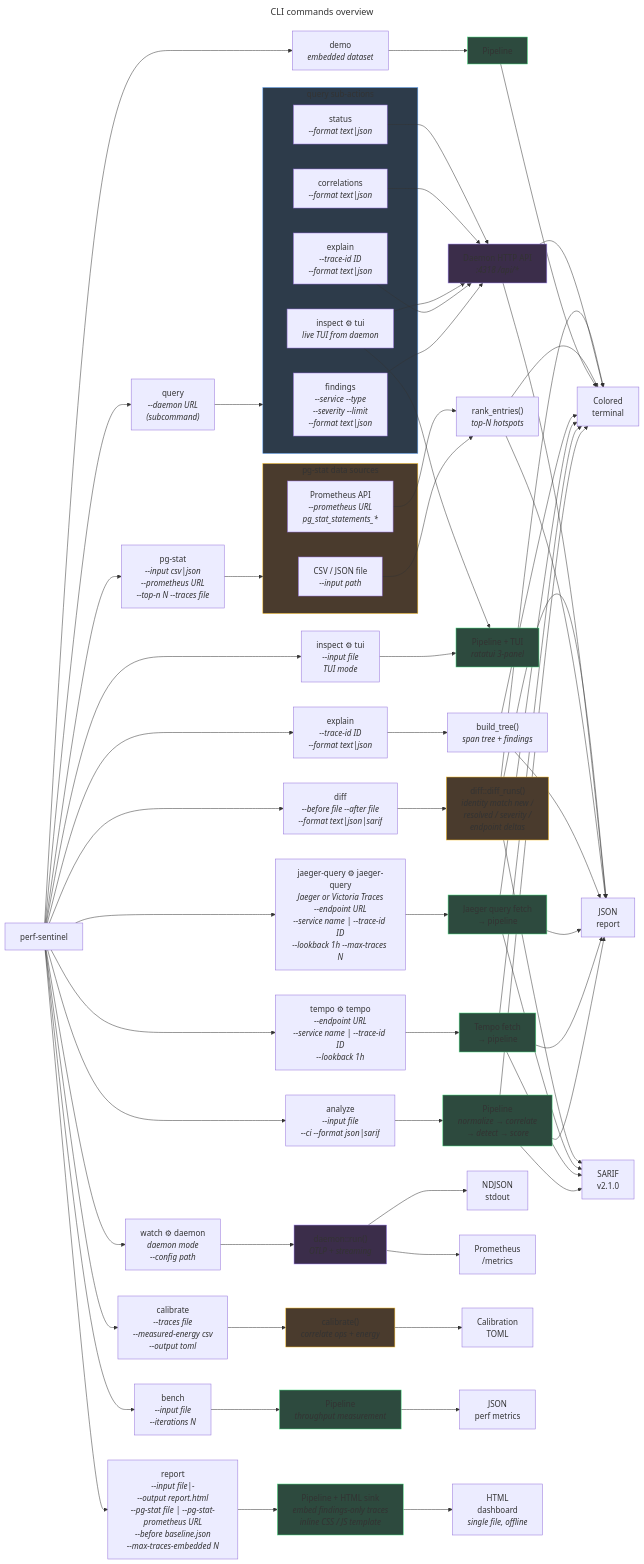
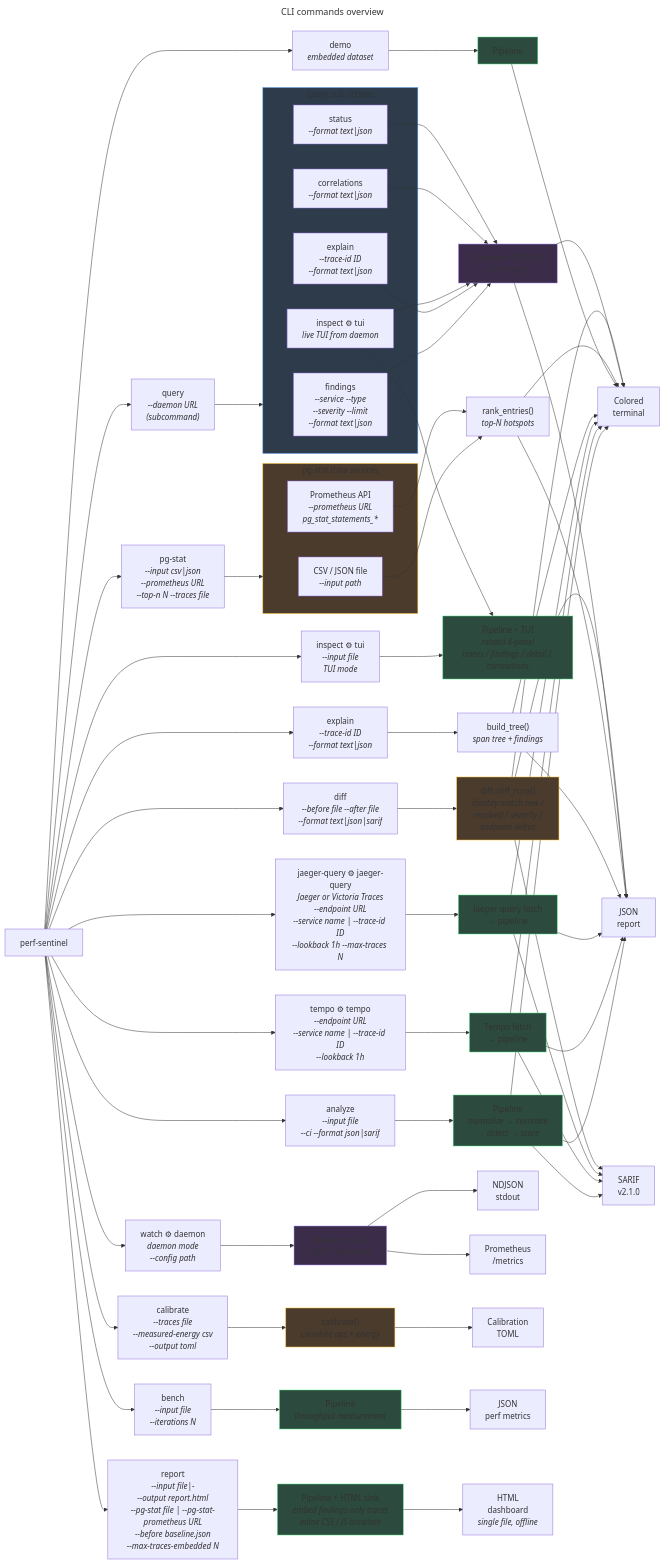
One commit to robintra/perf-sentinel changed the diagram in docs/diagrams/mmd/cli-commands.mmd. Above: the diagram before and after it, drawn with Mermaid. The commit also changed 48 other files, not shown here.

Commit message:
feat(cli): inspect accepts Report JSON, polish TUI and refresh assets

```diff
--- a/docs/diagrams/mmd/cli-commands.mmd
+++ b/docs/diagrams/mmd/cli-commands.mmd
@@ -1,127 +1,127 @@
 ---
 title: CLI commands overview
 ---
 flowchart LR
     cli["perf-sentinel"]
 
     analyze["analyze<br/><i>--input file<br/>--ci --format json|sarif</i>"]
     explain["explain<br/><i>--trace-id ID<br/>--format text|json</i>"]
     inspect["inspect ⚙ tui<br/><i>--input file<br/>TUI mode</i>"]
     watch["watch ⚙ daemon<br/><i>daemon mode<br/>--config path</i>"]
     demo["demo<br/><i>embedded dataset</i>"]
     bench["bench<br/><i>--input file<br/>--iterations N</i>"]
     pgstat["pg-stat<br/><i>--input csv|json<br/>--prometheus URL<br/>--top-n N --traces file</i>"]
     tempo["tempo ⚙ tempo<br/><i>--endpoint URL<br/>--service name | --trace-id ID<br/>--lookback 1h</i>"]
     jaeger_query["jaeger-query ⚙ jaeger-query<br/><i>Jaeger or Victoria Traces<br/>--endpoint URL<br/>--service name | --trace-id ID<br/>--lookback 1h --max-traces N</i>"]
     calibrate["calibrate<br/><i>--traces file<br/>--measured-energy csv<br/>--output toml</i>"]
     query["query<br/><i>--daemon URL<br/>(subcommand)</i>"]
     report["report<br/><i>--input file|-<br/>--output report.html<br/>--pg-stat file | --pg-stat-prometheus URL<br/>--before baseline.json<br/>--max-traces-embedded N</i>"]
     diff["diff<br/><i>--before file --after file<br/>--format text|json|sarif</i>"]
 
     analyze_pipeline["Pipeline<br/><i>normalize &rarr; correlate<br/>&rarr; detect &rarr; score</i>"]
     tempo_pipeline["Tempo fetch<br/>&rarr; pipeline"]
     jaeger_query_pipeline["Jaeger query fetch<br/>&rarr; pipeline"]
-    inspect_pipeline["Pipeline + TUI<br/><i>ratatui 3-panel</i>"]
+    inspect_pipeline["Pipeline + TUI<br/><i>ratatui 4-panel<br/>traces / findings / detail / correlations</i>"]
     demo_pipeline["Pipeline"]
     bench_pipeline["Pipeline<br/><i>throughput measurement</i>"]
     report_pipeline["Pipeline + HTML sink<br/><i>embed findings-only traces<br/>inline CSS / JS template</i>"]
     diff_engine["diff::diff_runs()<br/><i>identity match new /<br/>resolved / severity /<br/>endpoint deltas</i>"]
     tree["build_tree()<br/><i>span tree + findings</i>"]
     daemon["daemon::run()<br/><i>OTLP + streaming</i>"]
     ranking["rank_entries()<br/><i>top-N hotspots</i>"]
     cal_engine["calibrate()<br/><i>correlate ops + energy</i>"]
 
     subgraph pgstat_sources["pg-stat data sources"]
         pg_file["CSV / JSON file<br/><i>--input path</i>"]
         pg_prom["Prometheus API<br/><i>--prometheus URL<br/>pg_stat_statements_*</i>"]
     end
 
     subgraph query_actions["query sub-actions"]
         q_findings["findings<br/><i>--service --type<br/>--severity --limit<br/>--format text|json</i>"]
         q_explain["explain<br/><i>--trace-id ID<br/>--format text|json</i>"]
         q_inspect["inspect ⚙ tui<br/><i>live TUI from daemon</i>"]
         q_correlations["correlations<br/><i>--format text|json</i>"]
         q_status["status<br/><i>--format text|json</i>"]
     end
 
     daemon_api["Daemon HTTP API<br/><i>:4318 /api/*</i>"]
 
     report_text["Colored<br/>terminal"]
     report_json["JSON<br/>report"]
     report_sarif["SARIF<br/>v2.1.0"]
     report_ndjson["NDJSON<br/>stdout"]
     report_metrics["Prometheus<br/>/metrics"]
     report_toml["Calibration<br/>TOML"]
     report_bench["JSON<br/>perf metrics"]
     report_html["HTML<br/>dashboard<br/><i>single file, offline</i>"]
 
     cli --> analyze & explain & inspect & watch & demo & bench & pgstat & tempo & jaeger_query & calibrate & query & report & diff
 
     analyze --> analyze_pipeline
     analyze_pipeline --> report_text
     analyze_pipeline --> report_json
     analyze_pipeline --> report_sarif
 
     tempo --> tempo_pipeline
     tempo_pipeline --> report_text
     tempo_pipeline --> report_json
     tempo_pipeline --> report_sarif
 
     jaeger_query --> jaeger_query_pipeline
     jaeger_query_pipeline --> report_text
     jaeger_query_pipeline --> report_json
     jaeger_query_pipeline --> report_sarif
 
     explain --> tree
     tree --> report_text
     tree --> report_json
 
     inspect --> inspect_pipeline
 
     watch --> daemon
     daemon --> report_ndjson
     daemon --> report_metrics
 
     demo --> demo_pipeline --> report_text
 
     bench --> bench_pipeline --> report_bench
 
     pgstat --> pgstat_sources
     pg_file --> ranking
     pg_prom --> ranking
     ranking --> report_text
     ranking --> report_json
 
     calibrate --> cal_engine --> report_toml
 
     query --> query_actions
     q_findings --> daemon_api
     q_explain --> daemon_api
     q_inspect --> daemon_api
     q_correlations --> daemon_api
     q_status --> daemon_api
     daemon_api --> report_text
     daemon_api --> report_json
     q_inspect --> inspect_pipeline
 
     report --> report_pipeline
     report_pipeline --> report_html
 
     diff --> diff_engine
     diff_engine --> report_text
     diff_engine --> report_json
     diff_engine --> report_sarif
 
     style analyze_pipeline fill:#2d4a3e,stroke:#4ade80
     style tempo_pipeline fill:#2d4a3e,stroke:#4ade80
     style jaeger_query_pipeline fill:#2d4a3e,stroke:#4ade80
     style demo_pipeline fill:#2d4a3e,stroke:#4ade80
     style bench_pipeline fill:#2d4a3e,stroke:#4ade80
     style inspect_pipeline fill:#2d4a3e,stroke:#4ade80
     style report_pipeline fill:#2d4a3e,stroke:#4ade80
     style diff_engine fill:#4a3b2d,stroke:#fbbf24
     style cal_engine fill:#4a3b2d,stroke:#fbbf24
     style daemon fill:#3b2d4a,stroke:#a78bfa
     style query_actions fill:#2d3b4a,stroke:#60a5fa
     style pgstat_sources fill:#4a3b2d,stroke:#fbbf24
     style daemon_api fill:#3b2d4a,stroke:#a78bfa
```
